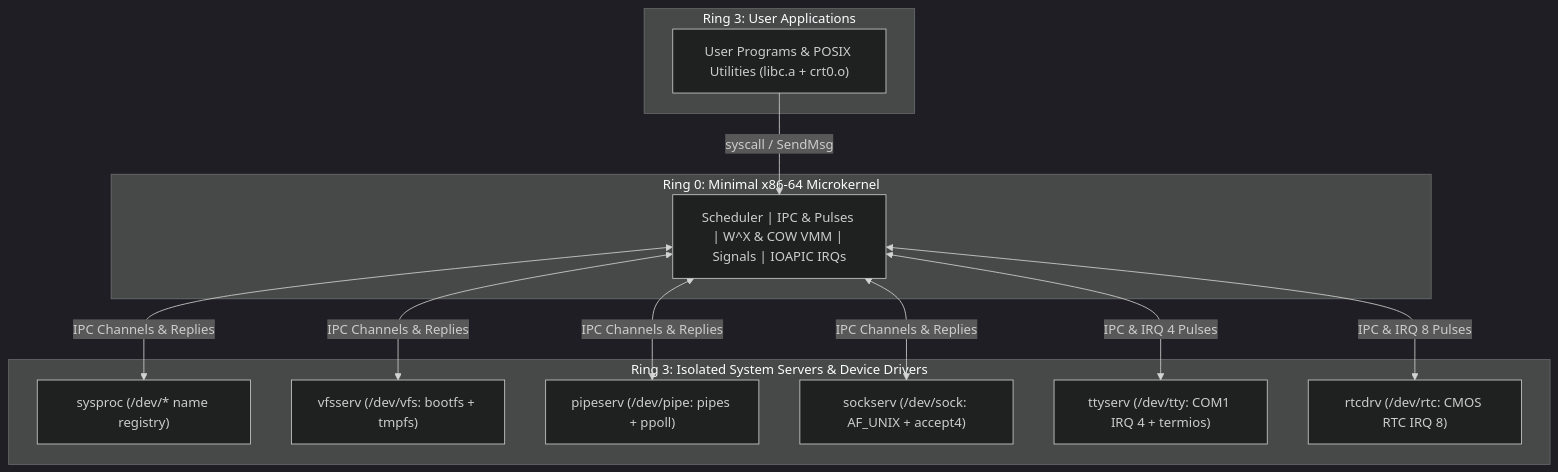
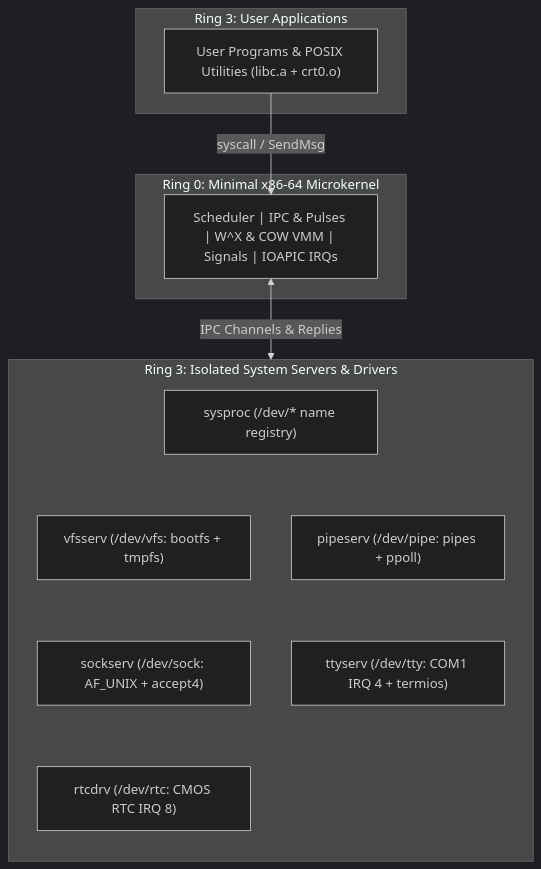
Before and after one commit to Deniz-Eren/microkernel: the second of 2 diagrams in README.md, drawn with Mermaid (dark theme). The commit also changed 5 other files, not shown here.

First line of the commit message:
docs(architecture): orient all Mermaid flowcharts vertically for readability

````diff
--- a/README.md
+++ b/README.md
@@ -162,27 +162,28 @@
 ```mermaid
-flowchart TB
+flowchart TD
     subgraph R3_APP["Ring 3: User Applications"]
         APP["User Programs & POSIX Utilities (libc.a + crt0.o)"]
     end
 
-    subgraph R3_SRV["Ring 3: Isolated System Servers & Device Drivers"]
+    subgraph R3_SRV["Ring 3: Isolated System Servers & Drivers"]
+        direction TB
         SYSPROC["sysproc (/dev/* name registry)"]
         VFS["vfsserv (/dev/vfs: bootfs + tmpfs)"]
         PIPE["pipeserv (/dev/pipe: pipes + ppoll)"]
         SOCK["sockserv (/dev/sock: AF_UNIX + accept4)"]
         TTY["ttyserv (/dev/tty: COM1 IRQ 4 + termios)"]
         RTC["rtcdrv (/dev/rtc: CMOS RTC IRQ 8)"]
+        SYSPROC ~~~ VFS
+        SYSPROC ~~~ PIPE
+        VFS ~~~ SOCK
+        PIPE ~~~ TTY
+        SOCK ~~~ RTC
     end
 
     subgraph R0["Ring 0: Minimal x86-64 Microkernel"]
         K["Scheduler | IPC & Pulses | W^X & COW VMM | Signals | IOAPIC IRQs"]
     end
 
     APP -->|"syscall / SendMsg"| K
-    K <-->|"IPC Channels & Replies"| SYSPROC
-    K <-->|"IPC Channels & Replies"| VFS
-    K <-->|"IPC Channels & Replies"| PIPE
-    K <-->|"IPC Channels & Replies"| SOCK
-    K <-->|"IPC & IRQ 4 Pulses"| TTY
-    K <-->|"IPC & IRQ 8 Pulses"| RTC
+    K <-->|"IPC Channels & Replies"| R3_SRV
 ```
````
